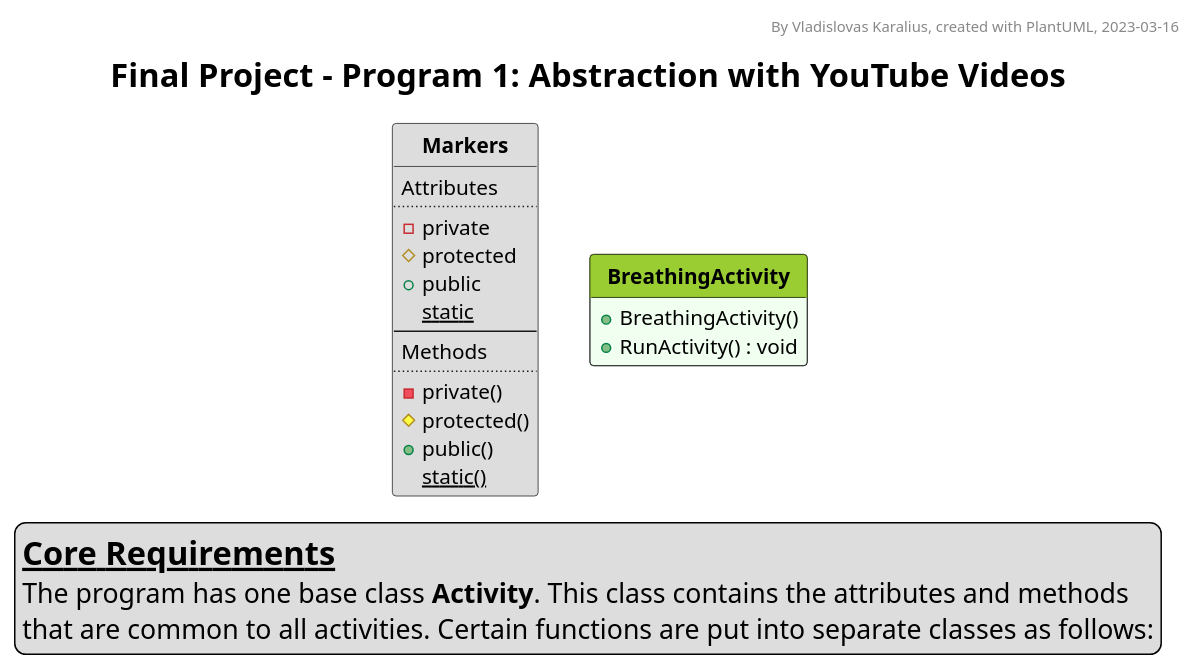
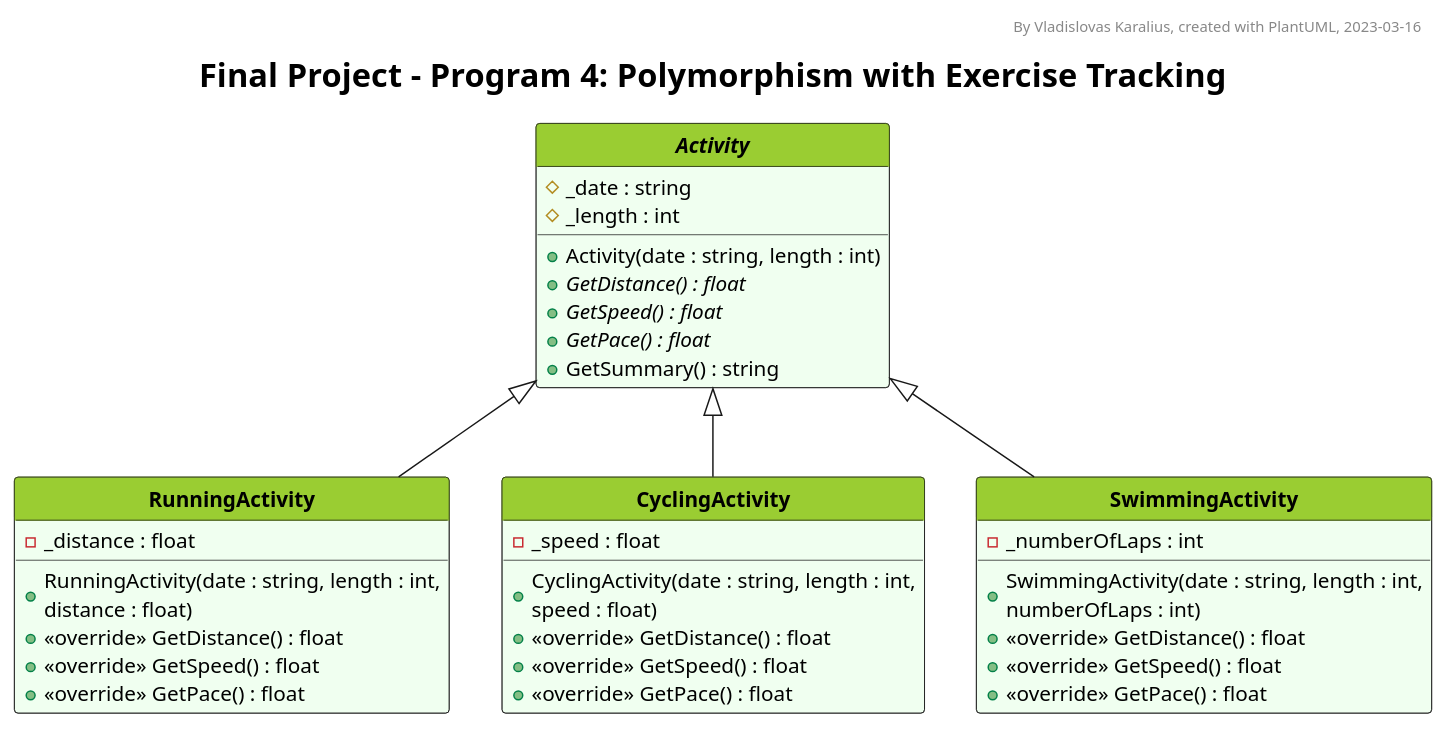
The diagram in final/Foundation4/UML_diagram.pu (VladKaralius/cse210-projects), drawn with PlantUML before and after one commit.

Commit message:
Created UML diagram

```diff
--- a/final/Foundation4/UML_diagram.pu
+++ b/final/Foundation4/UML_diagram.pu
@@ -1,95 +1,108 @@
 @startuml UML_diagram
 
 '--Formatting options--
 hide circle
 hide empty members
 'skinparam classAttributeIconSize 0
 skinparam style strictuml
 'skinparam groupInheritance 2
 'skinparam linetype ortho
 'skinparam Nodesep 15
 'skinparam Ranksep 25
 'left to right direction
 
 '--Styling--
 'skinparam BackgroundColor White/LightGreen
 skinparam TitleFontSize 22
 
 <style>
 classDiagram {
   class {
     '-attributes and methods-
     'FontSize 14
     'FontColor black
     'BackgroundColor #fefece
     BackgroundColor #f0fff0
     'RoundCorner 0
     '-class name-
     header {
       'FontSize 12
       'FontColor Black
       FontStyle bold
       BackgroundColor YellowGreen
     }
     
     ' Alternative class style 1
     .gaming {
       BackgroundColor Bisque
       header {
         BackgroundColor Orange
       }
     }
 
     ' Alternative class style 2
     .test {
       BackgroundColor #eeeeee
       header {
         BackgroundColor #cccccc
       }
     }
   }
 
   note {
     BackgroundColor Yellow
   }
   legend {
     FontSize 18
   }
 </style>
 
 '--Header, title, caption--
 header By Vladislovas Karalius, created with PlantUML, 2023-03-16
-title Final Project - Program 1: Abstraction with YouTube Videos
+title Final Project - Program 4: Polymorphism with Exercise Tracking
 'caption <:warning:>Constructors without parameters are not shown in this diagram
 
-' Dummy class that explains visibility symbols
-class Markers #dddddd {
-Attributes
-..
-- private
-# protected
-+ public
-{static} static
---
-Methods
-..
-- private()
-# protected()
-+ public()
-{static} static()
+
+'--Main--
+abstract class Activity {
+  # _date : string
+  # _length : int
+  + Activity(date : string, length : int)
+  + {abstract} GetDistance() : float
+  + {abstract} GetSpeed() : float
+  + {abstract} GetPace() : float
+  + GetSummary() : string
 }
 
-'--Main--
-class BreathingActivity {
-  + BreathingActivity()
-  + RunActivity() : void
+class RunningActivity extends Activity {
+  - _distance : float
+  + RunningActivity(date : string, length : int,\ndistance : float)
+  + <<override>> GetDistance() : float
+  + <<override>> GetSpeed() : float
+  + <<override>> GetPace() : float
+}
+
+class CyclingActivity extends Activity {
+  - _speed : float
+  + CyclingActivity(date : string, length : int,\nspeed : float)
+  + <<override>> GetDistance() : float
+  + <<override>> GetSpeed() : float
+  + <<override>> GetPace() : float
+}
+
+class SwimmingActivity extends Activity {
+  - _numberOfLaps : int
+  + SwimmingActivity(date : string, length : int,\nnumberOfLaps : int)
+  + <<override>> GetDistance() : float
+  + <<override>> GetSpeed() : float
+  + <<override>> GetPace() : float
 }
 
 '--Description--
-legend bottom
-<size:22>__**Core Requirements**__
-The program has one base class **Activity**. This class contains the attributes and methods
-that are common to all activities. Certain functions are put into separate classes as follows:
-endlegend
+' legend bottom
+' <size:22>__**Core Requirements**__
+' The program has one base class **Activity**. This class contains the attributes and methods
+' that are common to all activities. Certain functions are put into separate classes as follows:
+' endlegend
 
 @enduml
```
